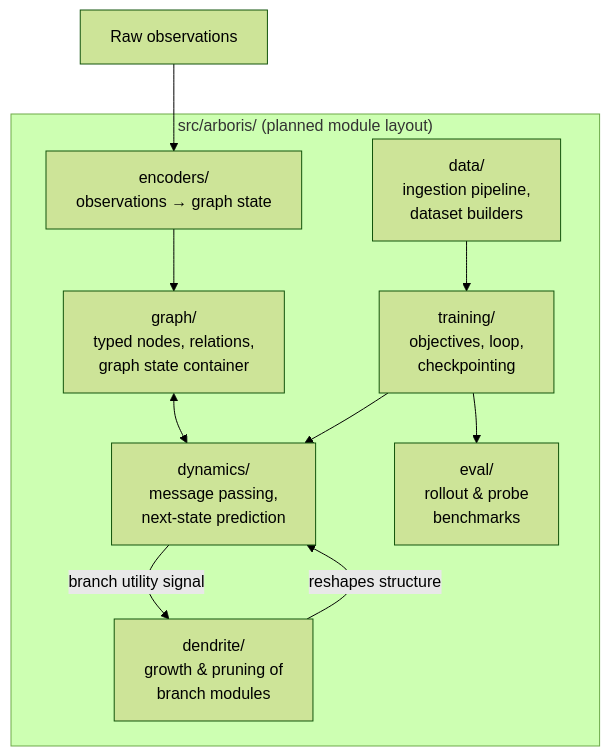
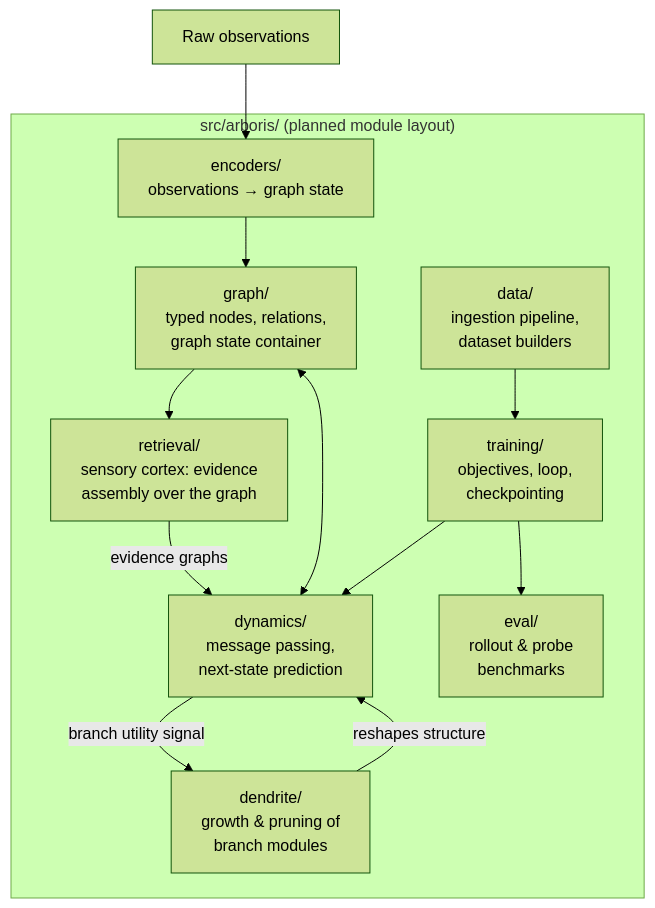
The first of 3 diagrams in docs/architecture.md (AdamPippert/Arboris), drawn with Mermaid (forest theme) before and after one commit. The commit also changed other lines of this file and 17 other files, not shown here.

First line of the commit message:
Add graph-native retrieval subsystem (ADR-0001, RFC-0001/0002)

````diff
--- a/docs/architecture.md
+++ b/docs/architecture.md
@@ -36,19 +36,22 @@
 ```mermaid
 flowchart TD
     subgraph arboris["src/arboris/ (planned module layout)"]
         ENC["encoders/<br/>observations → graph state"]
+        RET["retrieval/<br/>sensory cortex: evidence<br/>assembly over the graph"]
         GRAPH["graph/<br/>typed nodes, relations,<br/>graph state container"]
         DEND["dendrite/<br/>growth & pruning of<br/>branch modules"]
         DYN["dynamics/<br/>message passing,<br/>next-state prediction"]
         DATA["data/<br/>ingestion pipeline,<br/>dataset builders"]
         TRAIN["training/<br/>objectives, loop,<br/>checkpointing"]
         EVAL["eval/<br/>rollout & probe<br/>benchmarks"]
     end
     OBS["Raw observations"] --> ENC --> GRAPH
+    RET -->|evidence graphs| DYN
+    GRAPH --> RET
     GRAPH <--> DYN
     DEND -->|reshapes structure| DYN
     DYN -->|branch utility signal| DEND
     DATA --> TRAIN
     TRAIN --> DYN
     TRAIN --> EVAL
 ```
````
